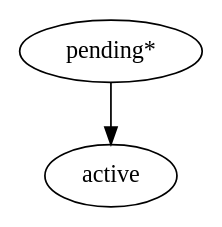
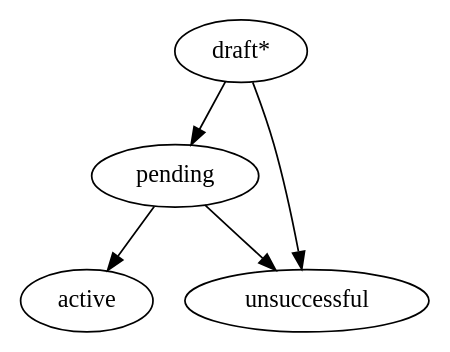
Before and after one commit to ProzorroUKR/openprocurement.api: the diagram in docs/source/standard/cancellation.rst, drawn with Graphviz. The commit also changed other lines of this file and 312 other files, not shown here.

```diff
--- a/docs/source/standard/cancellation.rst
+++ b/docs/source/standard/cancellation.rst
@@ -110,7 +120,10 @@
 .. graphviz::
 
     digraph G {
-        A [ label="pending*" ]
-        B [ label="active"]
-         A -> B;
+        A [ label="draft*" ]
+        B [ label="pending" ]
+        C [ label="active"]
+        D [ label="unsuccessful" ]
+        A -> {B,D};
+        B -> {C,D};
     }
```
